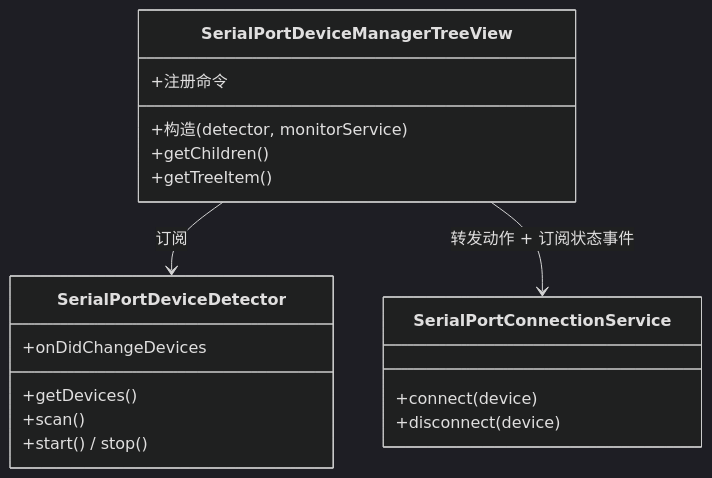
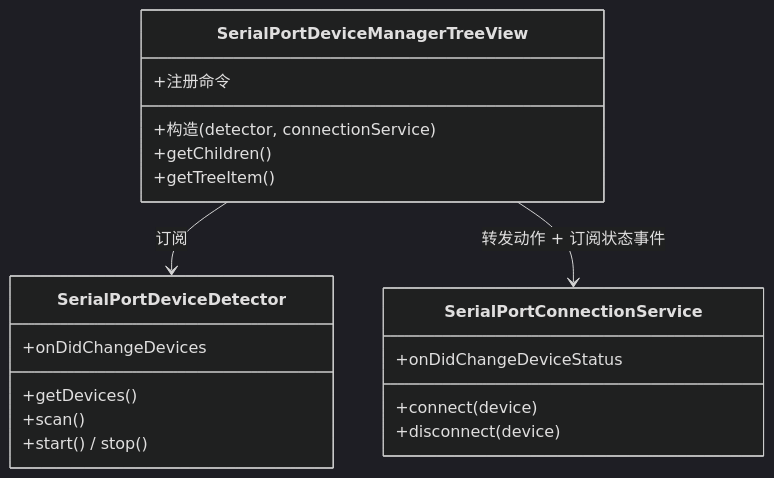
One commit to ziqiang-zhu/vscode-serial-port-terminal changed the second of 2 diagrams in doc/SerialPortDeviceManagerTreeView设计.md. Above: the diagram before and after it, drawn with Mermaid (dark theme). The commit also changed other lines of this file and 10 other files, not shown here.

````diff
--- a/doc/SerialPortDeviceManagerTreeView设计.md
+++ b/doc/SerialPortDeviceManagerTreeView设计.md
@@ -74,21 +80,22 @@
 ```mermaid
 classDiagram
     class SerialPortDeviceManagerTreeView {
-        +构造(detector, monitorService)
+        +构造(detector, connectionService)
         +getChildren()
         +getTreeItem()
         +注册命令
     }
     class SerialPortDeviceDetector {
         +onDidChangeDevices
         +getDevices()
         +scan()
         +start() / stop()
     }
     class SerialPortConnectionService {
         +connect(device)
         +disconnect(device)
+        +onDidChangeDeviceStatus
     }
     SerialPortDeviceManagerTreeView --> SerialPortDeviceDetector : 订阅
     SerialPortDeviceManagerTreeView --> SerialPortConnectionService : 转发动作 + 订阅状态事件
 ```
````
